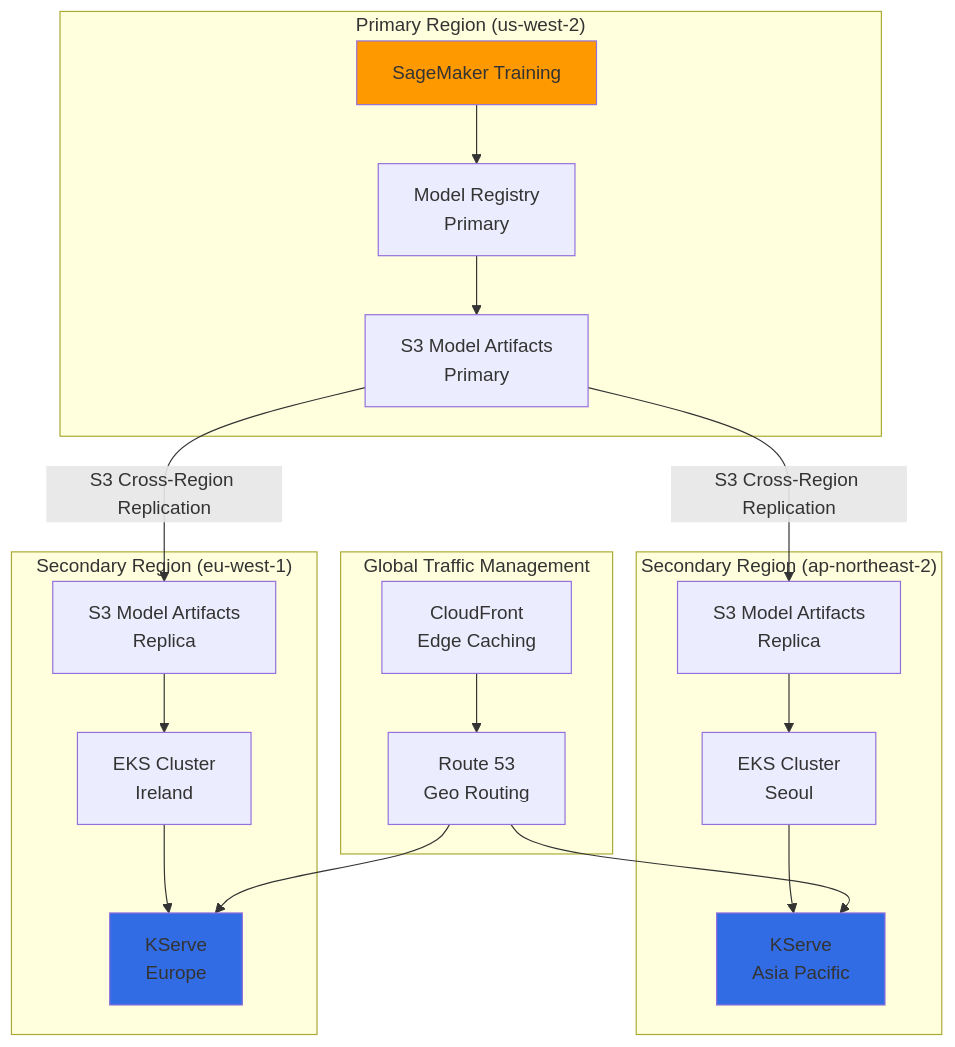
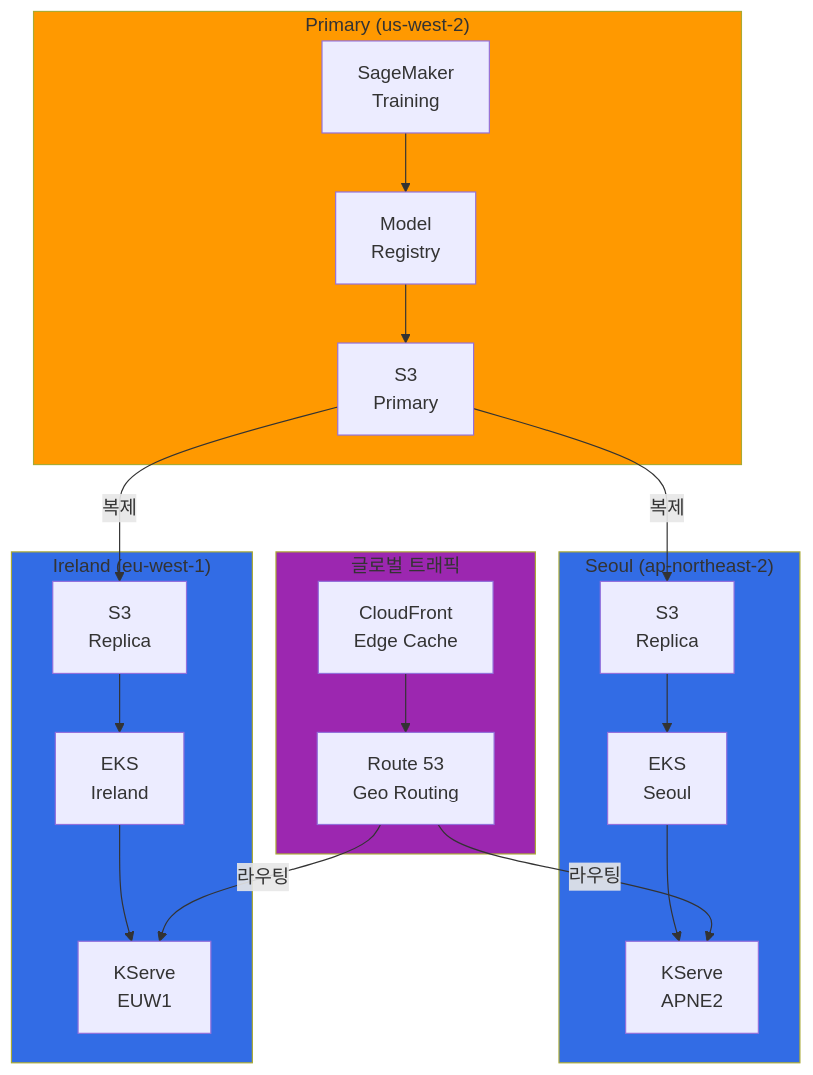
Before and after one commit to devfloor9/engineering-playbook: the third of 4 diagrams in docs/agentic-ai-platform/operations-mlops/sagemaker-eks-integration.md, drawn with Mermaid. The commit also changed other lines of this file and 24 other files, not shown here.

````diff
--- a/docs/agentic-ai-platform/operations-mlops/sagemaker-eks-integration.md
+++ b/docs/agentic-ai-platform/operations-mlops/sagemaker-eks-integration.md
@@ -596,45 +599,46 @@
 ```mermaid
 flowchart TB
-    subgraph "Primary Region (us-west-2)"
-        SM_TRAIN[SageMaker Training]
-        SM_REG[Model Registry<br/>Primary]
-        S3_PRIMARY[S3 Model Artifacts<br/>Primary]
+    subgraph Primary["Primary (us-west-2)"]
+        SM_TRAIN[SageMaker<br/>Training]
+        SM_REG[Model<br/>Registry]
+        S3_PRIMARY[S3<br/>Primary]
     end
-    
-    subgraph "Secondary Region (ap-northeast-2)"
-        S3_REPLICA[S3 Model Artifacts<br/>Replica]
-        EKS_AP[EKS Cluster<br/>Seoul]
-        KSERVE_AP[KServe<br/>Asia Pacific]
+
+    subgraph APNE2["Seoul (ap-northeast-2)"]
+        S3_REPLICA[S3<br/>Replica]
+        EKS_AP[EKS<br/>Seoul]
+        KSERVE_AP[KServe<br/>APNE2]
     end
-    
-    subgraph "Secondary Region (eu-west-1)"
-        S3_EU[S3 Model Artifacts<br/>Replica]
-        EKS_EU[EKS Cluster<br/>Ireland]
-        KSERVE_EU[KServe<br/>Europe]
+
+    subgraph EUW1["Ireland (eu-west-1)"]
+        S3_EU[S3<br/>Replica]
+        EKS_EU[EKS<br/>Ireland]
+        KSERVE_EU[KServe<br/>EUW1]
     end
-    
-    subgraph "Global Traffic Management"
+
+    subgraph Global["글로벌 트래픽"]
+        CLOUDFRONT[CloudFront<br/>Edge Cache]
         R53[Route 53<br/>Geo Routing]
-        CLOUDFRONT[CloudFront<br/>Edge Caching]
     end
-    
+
     SM_TRAIN --> SM_REG
     SM_REG --> S3_PRIMARY
-    
-    S3_PRIMARY -->|S3 Cross-Region Replication| S3_REPLICA
-    S3_PRIMARY -->|S3 Cross-Region Replication| S3_EU
-    
+
+    S3_PRIMARY -->|복제| S3_REPLICA
+    S3_PRIMARY -->|복제| S3_EU
+
     S3_REPLICA --> EKS_AP
     EKS_AP --> KSERVE_AP
-    
+
     S3_EU --> EKS_EU
     EKS_EU --> KSERVE_EU
-    
-    R53 --> KSERVE_AP
-    R53 --> KSERVE_EU
+
     CLOUDFRONT --> R53
-    
-    style SM_TRAIN fill:#ff9900
-    style KSERVE_AP fill:#326ce5
-    style KSERVE_EU fill:#326ce5
+    R53 -->|라우팅| KSERVE_AP
+    R53 -->|라우팅| KSERVE_EU
+
+    style Primary fill:#ff9900
+    style APNE2 fill:#326ce5
+    style EUW1 fill:#326ce5
+    style Global fill:#9c27b0
 ```
````
